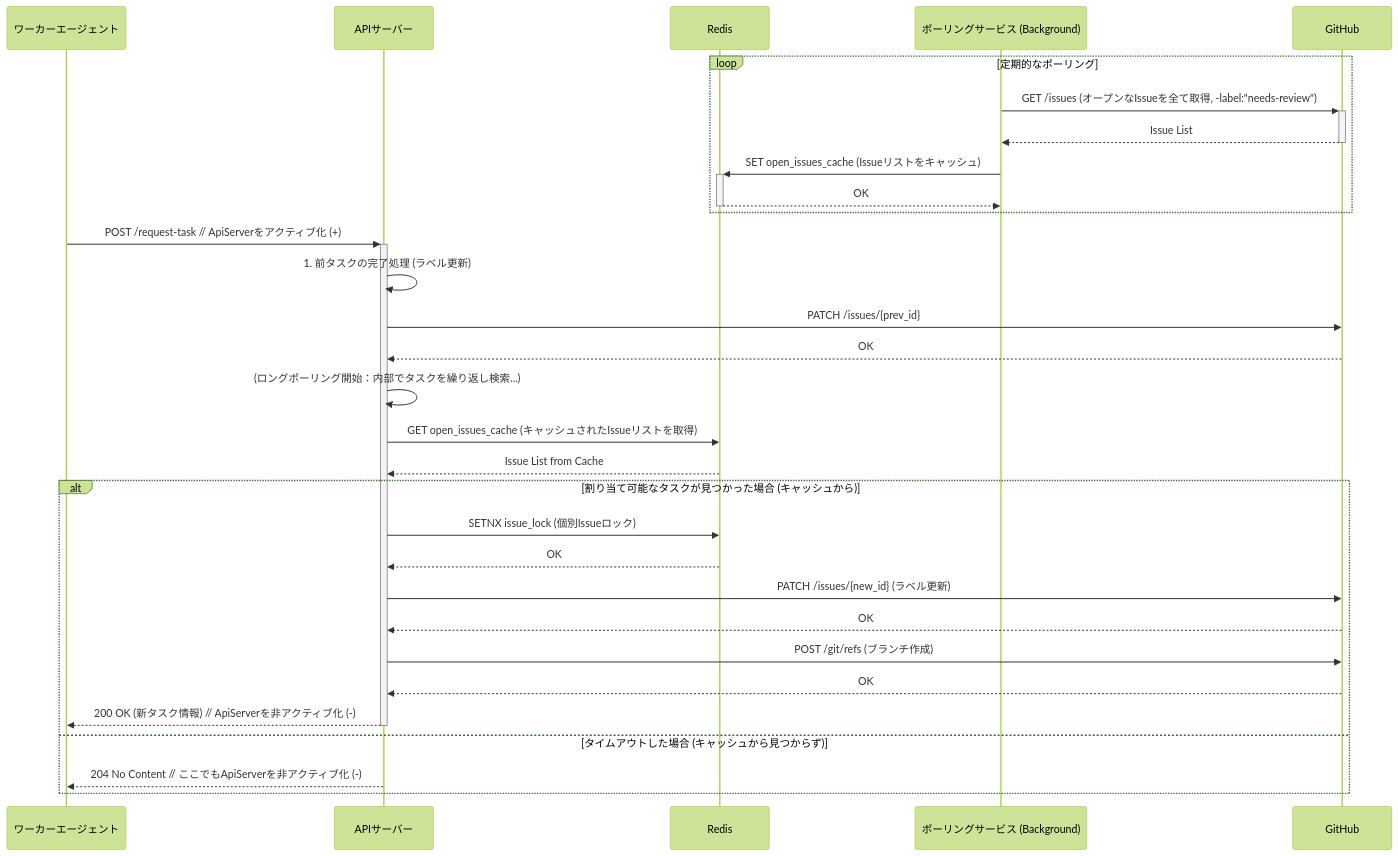
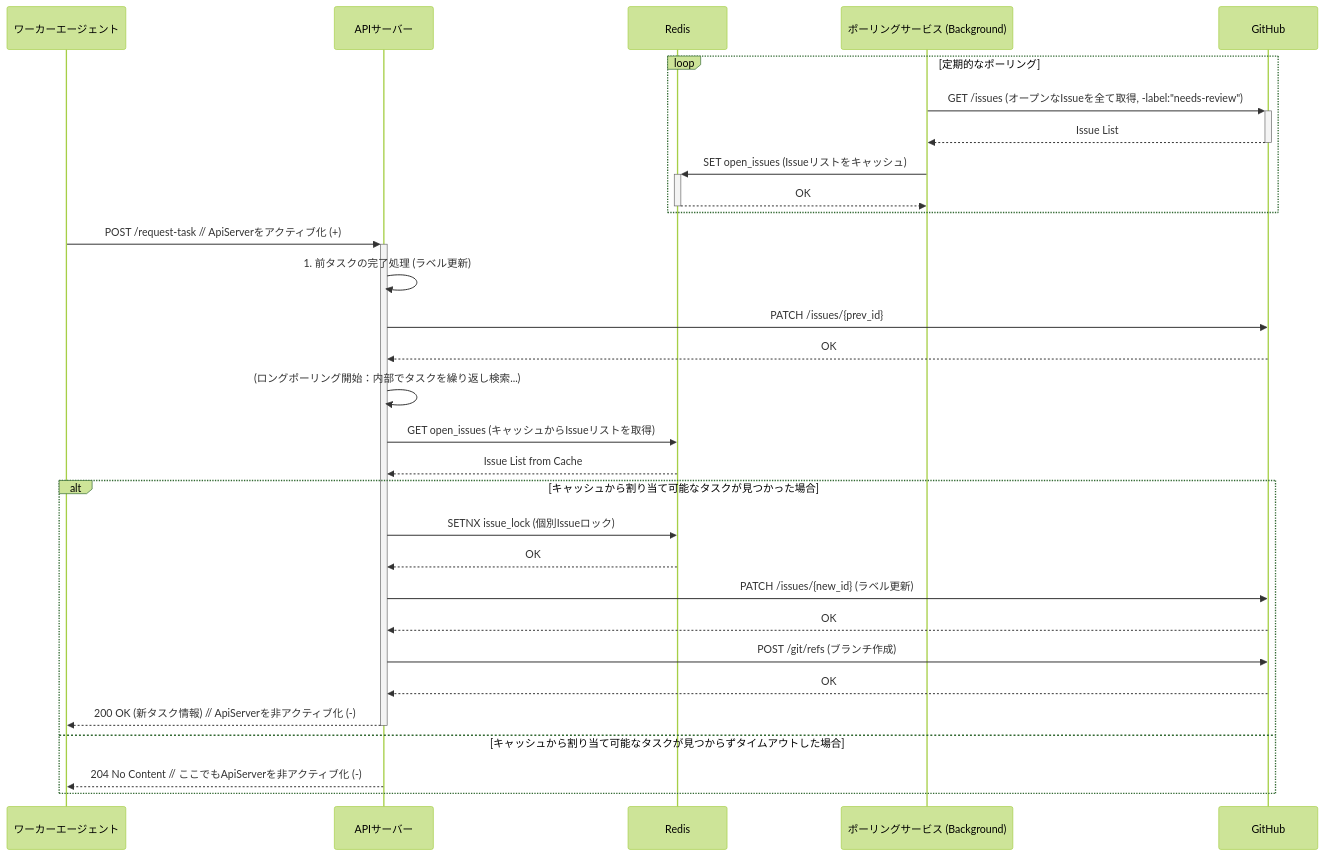
The second of 2 diagrams in docs/architecture/system_context.md (masa-codehub/github_broker), drawn with Mermaid (forest theme) before and after one commit.

Commit message:
docs: PR #994のレビューコメントを反映しシーケンス図を修正

````diff
--- a/docs/architecture/system_context.md
+++ b/docs/architecture/system_context.md
@@ -176,36 +176,36 @@
 ```mermaid
 sequenceDiagram
     participant Worker as ワーカーエージェント
     participant ApiServer as APIサーバー
     participant Redis
     participant PollingService as ポーリングサービス (Background)
     participant GitHub
 
     loop 定期的なポーリング
         PollingService->>+GitHub: GET /issues (オープンなIssueを全て取得, -label:"needs-review")
         GitHub-->>-PollingService: Issue List
-        PollingService->>+Redis: SET open_issues_cache (Issueリストをキャッシュ)
+        PollingService->>+Redis: SET open_issues (Issueリストをキャッシュ)
         Redis-->>-PollingService: OK
     end
 
     Worker->>+ApiServer: POST /request-task // ApiServerをアクティブ化 (+)
     ApiServer->>ApiServer: 1. 前タスクの完了処理 (ラベル更新)
     ApiServer->>GitHub: PATCH /issues/{prev_id}
     GitHub-->>ApiServer: OK
 
     ApiServer->>ApiServer: (ロングポーリング開始：内部でタスクを繰り返し検索...)
-    ApiServer->>Redis: GET open_issues_cache (キャッシュされたIssueリストを取得)
+    ApiServer->>Redis: GET open_issues (キャッシュからIssueリストを取得)
     Redis-->>ApiServer: Issue List from Cache
 
-    alt 割り当て可能なタスクが見つかった場合 (キャッシュから)
+    alt キャッシュから割り当て可能なタスクが見つかった場合
         ApiServer->>Redis: SETNX issue_lock (個別Issueロック)
         Redis-->>ApiServer: OK
         ApiServer->>GitHub: PATCH /issues/{new_id} (ラベル更新)
         GitHub-->>ApiServer: OK
         ApiServer->>GitHub: POST /git/refs (ブランチ作成)
         GitHub-->>ApiServer: OK
         ApiServer-->>-Worker: 200 OK (新タスク情報) // ApiServerを非アクティブ化 (-)
-    else タイムアウトした場合 (キャッシュから見つからず)
+    else キャッシュから割り当て可能なタスクが見つからずタイムアウトした場合
         ApiServer-->>Worker: 204 No Content // ここでもApiServerを非アクティブ化 (-)
     end
 ```
````
